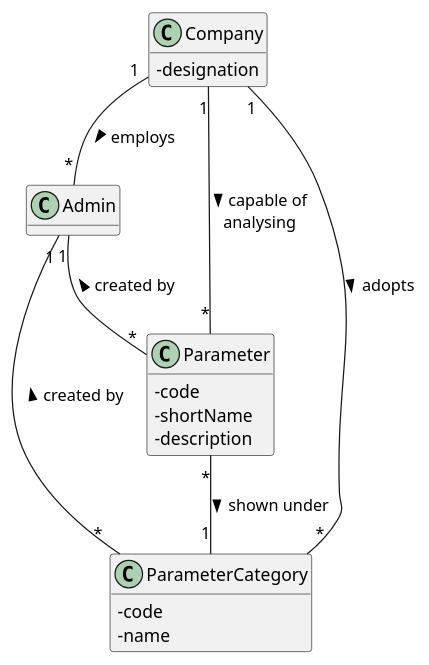
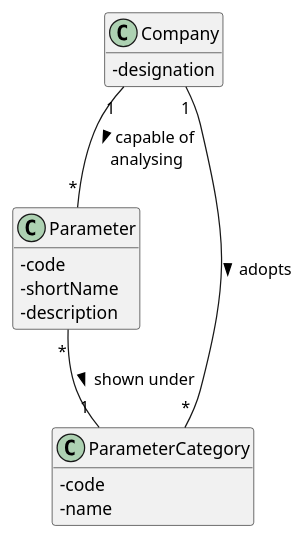
One commit to GuilhermeCunha79/lapr2 changed the diagram in docs/SprintC/US10/UC10_MD.puml. Above: the diagram before and after it, drawn with PlantUML. The commit also changed 22 other files, not shown here.

Commit message:
[US-10] Improvements to the US-10 documentation diagrams and code [US-11] Improvements to the US-11 documentation, diagrams and code [Fixes] Removed connection between UI and domain Layer in US-10 functionalities.

```diff
--- a/docs/SprintC/US10/UC10_MD.puml
+++ b/docs/SprintC/US10/UC10_MD.puml
@@ -1,32 +1,26 @@
 @startuml
 hide methods
 
 skinparam classAttributeIconSize 0
 
 
 class Company {
   -designation
-}
-
-class Admin{
 }
 
 class Parameter{
     -code
     -shortName
     -description
 }
 
 class ParameterCategory{
     -code
     -name
 }
 
-Company"1" -- "*"Admin :> employs
 Company"1" -- "*"Parameter :> capable of \nanalysing
 Company"1" -- "*"ParameterCategory :> adopts
-Admin"1" -- "*"Parameter :< created by
 Parameter"*" -- "1"ParameterCategory :> shown under
-Admin"1" -- "*"ParameterCategory :< created by
 
 @enduml
```
